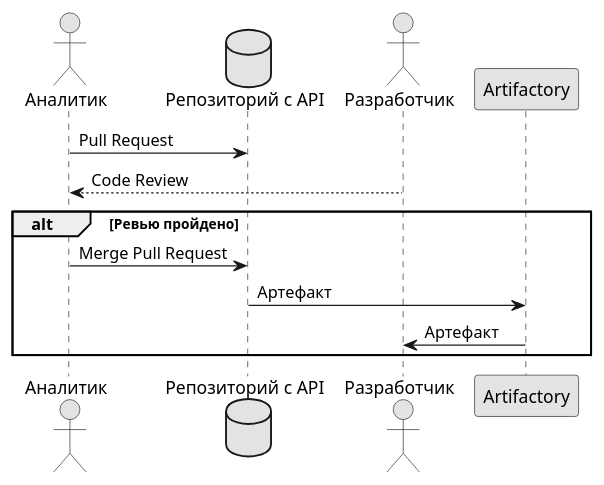
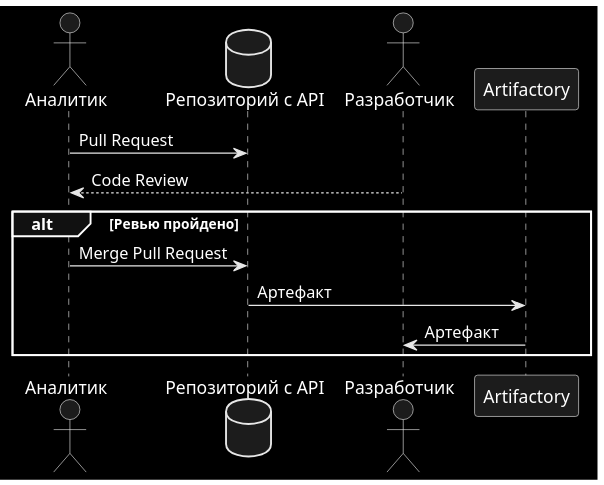
Before and after one commit to l3r8yJ/api-first-presentation: the diagram in doc/api-first-approach.puml, drawn with PlantUML.

```diff
--- a/doc/api-first-approach.puml
+++ b/doc/api-first-approach.puml
@@ -1,15 +1,15 @@
 @startuml
-skinparam monochrome true
+skinparam monochrome reverse
 actor Аналитик as analyst
 database "Репозиторий с API" as repo
 actor Разработчик as dev
 participant Artifactory as nexus
 
 analyst -> repo: Pull Request
 dev --> analyst: Code Review
 alt Ревью пройдено
 analyst -> repo: Merge Pull Request
 repo -> nexus: Артефакт
 nexus -> dev: Артефакт
 end
 @enduml
```
